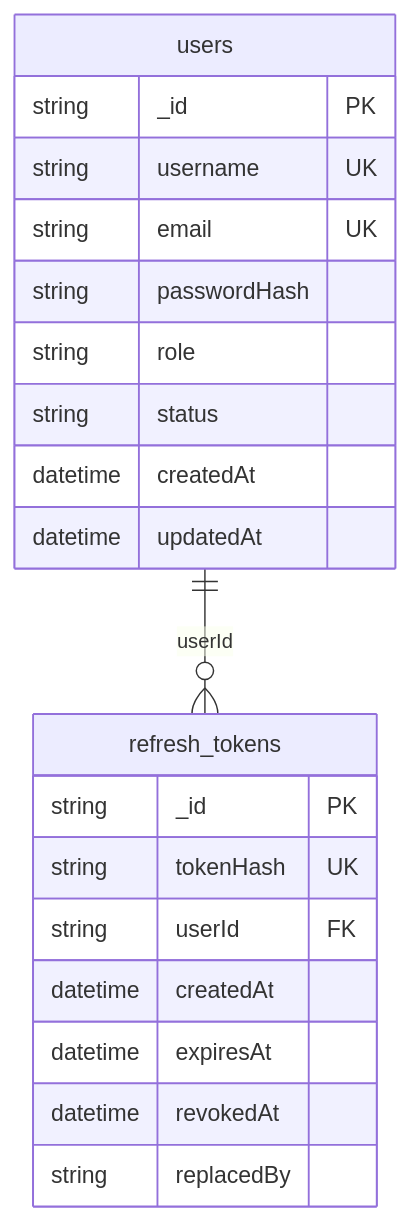
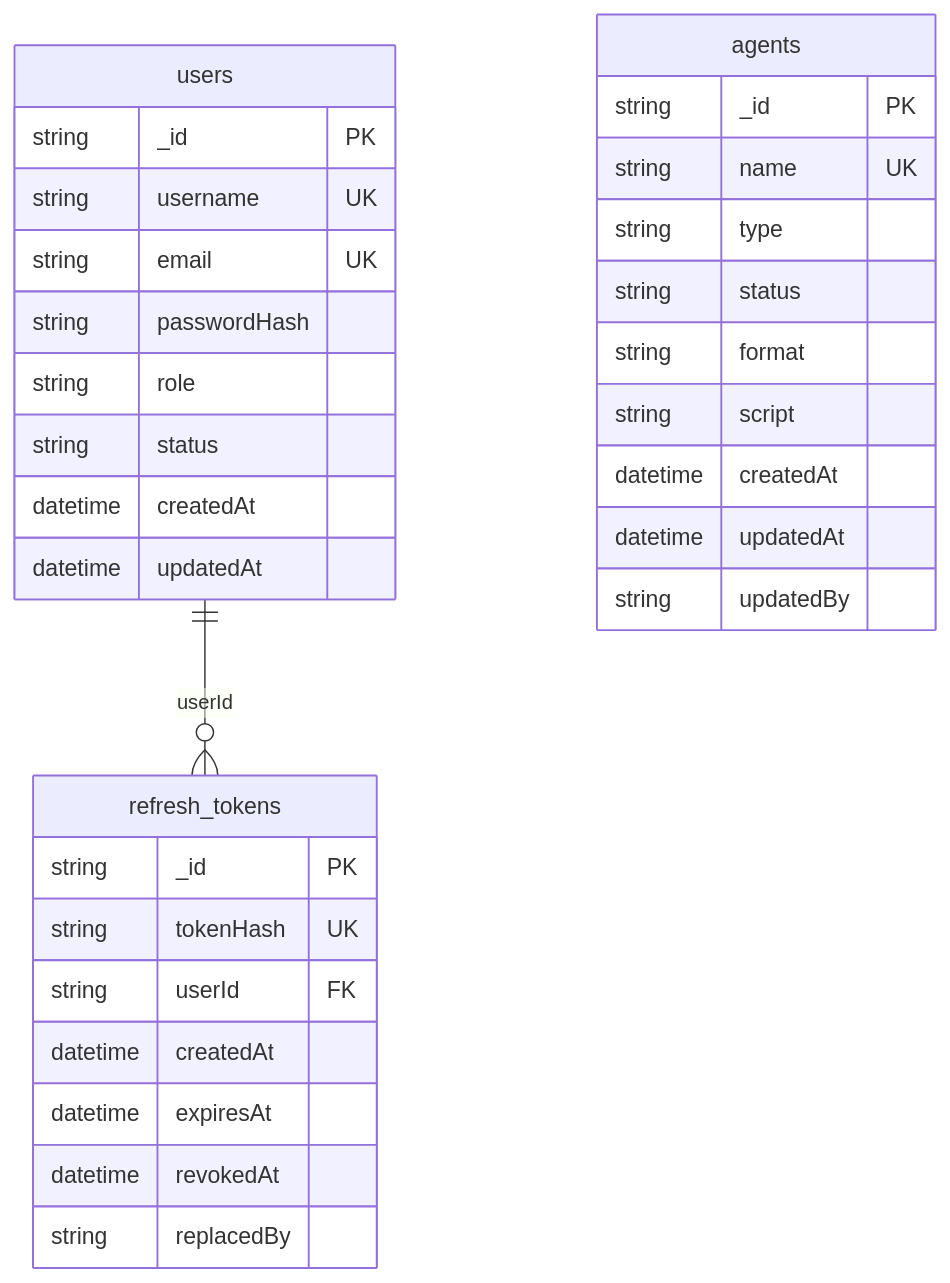
The diagram in backend/.claude/rules/database-schema.md (Nammm000/Desktop-data-crawler-application), drawn with Mermaid before and after one commit. The commit also changed other lines of this file and 32 other files, not shown here.

````diff
--- a/backend/.claude/rules/database-schema.md
+++ b/backend/.claude/rules/database-schema.md
@@ -30,23 +31,34 @@
 ```mermaid
 erDiagram
     users ||--o{ refresh_tokens : "userId"
     users {
         string _id PK
         string username UK
         string email UK
         string passwordHash
         string role
         string status
         datetime createdAt
         datetime updatedAt
     }
     refresh_tokens {
         string _id PK
         string tokenHash UK
         string userId FK
         datetime createdAt
         datetime expiresAt
         datetime revokedAt
         string replacedBy
     }
+    agents {
+        string _id PK
+        string name UK
+        string type
+        string status
+        string format
+        string script
+        datetime createdAt
+        datetime updatedAt
+        string updatedBy
+    }
 ```
````
